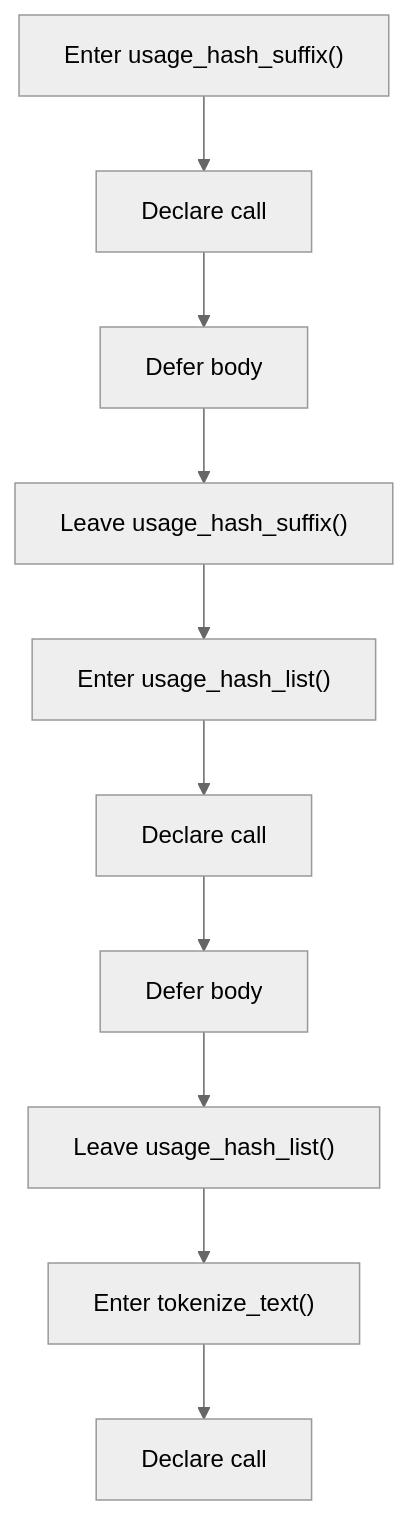
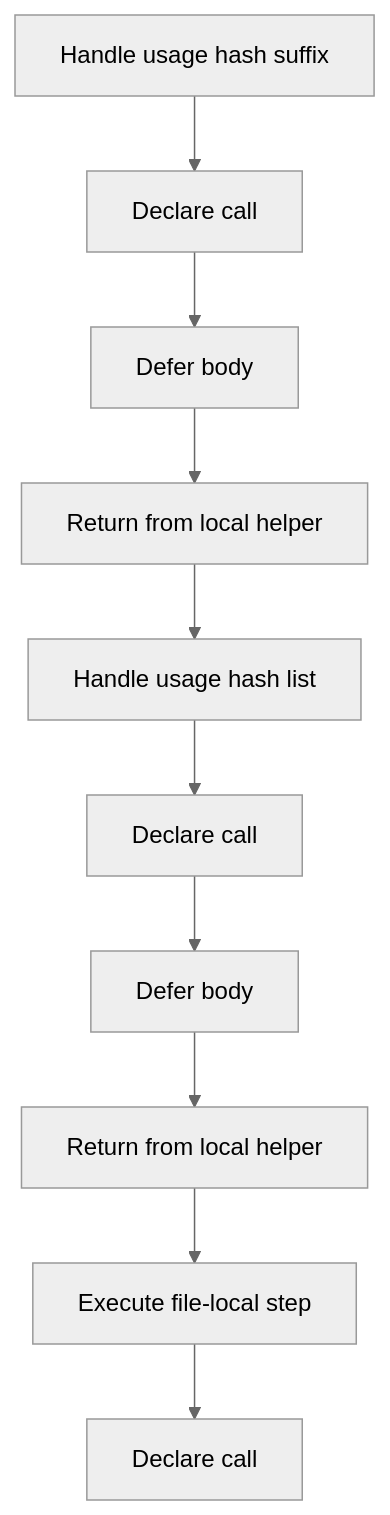
Before and after one commit to JohnAndrewBalbarosa/NeoTerritory: the fourth of 8 diagrams in docs/Codebase/Microservice/Modules/Header/SyntacticBrokenAST/Trees/Actual/Internal/Flow/parse_tree_internal_program_flow_01.hpp.md, drawn with Mermaid (neutral theme). The commit also changed other lines of this file and 925 other files, not shown here.

````diff
--- a/docs/Codebase/Microservice/Modules/Header/SyntacticBrokenAST/Trees/Actual/Internal/Flow/parse_tree_internal_program_flow_01.hpp.md
+++ b/docs/Codebase/Microservice/Modules/Header/SyntacticBrokenAST/Trees/Actual/Internal/Flow/parse_tree_internal_program_flow_01.hpp.md
@@ -93,22 +93,22 @@
 ```mermaid
 flowchart TD
-    N0["Enter usage_hash_suffix()"]
+    N0["Handle usage hash suffix"]
     N1["Declare call"]
     N2["Defer body"]
-    N3["Leave usage_hash_suffix()"]
-    N4["Enter usage_hash_list()"]
+    N3["Return from local helper"]
+    N4["Handle usage hash list"]
     N5["Declare call"]
     N6["Defer body"]
-    N7["Leave usage_hash_list()"]
-    N8["Enter tokenize_text()"]
+    N7["Return from local helper"]
+    N8["Execute file-local step"]
     N9["Declare call"]
     N0 --> N1
     N1 --> N2
     N2 --> N3
     N3 --> N4
     N4 --> N5
     N5 --> N6
     N6 --> N7
     N7 --> N8
     N8 --> N9
 ```
````
